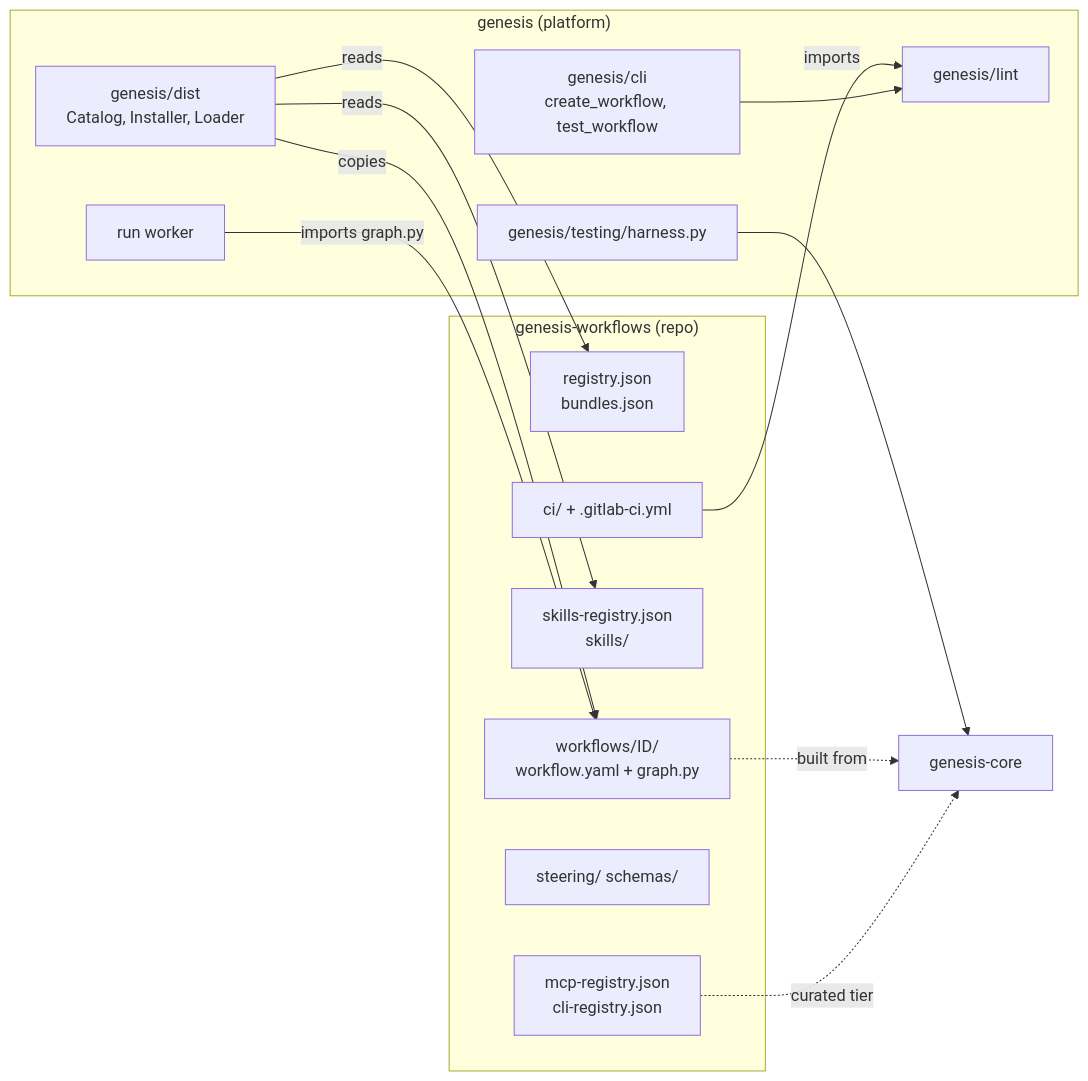
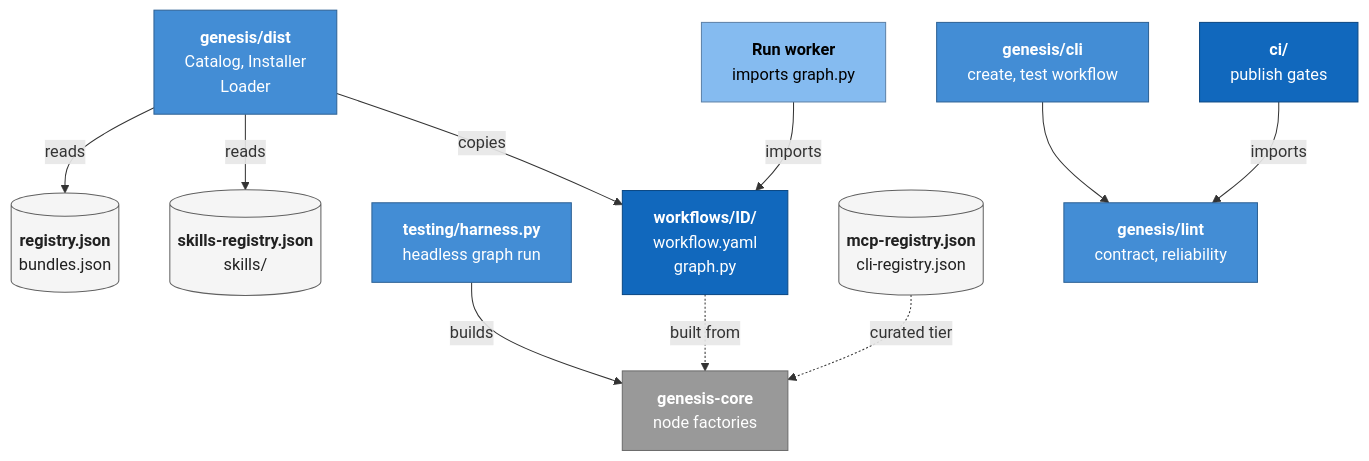
The first of 4 diagrams in genesis/architecture/modules/workflow-library.md (ram-020998/project-tracker), drawn with Mermaid before and after one commit. The commit also changed other lines of this file and 24 other files, not shown here.

First line of the commit message:
architecture: rewrite all 86 Mermaid diagrams to one C4 style, each render-checked

````diff
--- a/genesis/architecture/modules/workflow-library.md
+++ b/genesis/architecture/modules/workflow-library.md
@@ -57,28 +57,32 @@
 ```mermaid
-flowchart LR
-    subgraph repo["genesis-workflows (repo)"]
-        reg["registry.json<br/>bundles.json"]
-        mcpr["mcp-registry.json<br/>cli-registry.json"]
-        skr["skills-registry.json<br/>skills/"]
-        wfs["workflows/ID/<br/>workflow.yaml + graph.py"]
-        steer["steering/ schemas/"]
-        ci["ci/ + .gitlab-ci.yml"]
-    end
-    subgraph plat["genesis (platform)"]
-        lint["genesis/lint"]
-        cli["genesis/cli<br/>create_workflow, test_workflow"]
-        har["genesis/testing/harness.py"]
-        dist["genesis/dist<br/>Catalog, Installer, Loader"]
-        worker["run worker"]
-    end
-    core["genesis-core"]
+flowchart TB
+    dist["<b>genesis/dist</b><br/>Catalog, Installer<br/>Loader"]:::comp
+    worker["<b>Run worker</b><br/>imports graph.py"]:::proc
+    cli["<b>genesis/cli</b><br/>create, test workflow"]:::comp
+
+    reg[("<b>registry.json</b><br/>bundles.json")]:::data
+    skr[("<b>skills-registry.json</b><br/>skills/")]:::data
+    wfs["<b>workflows/ID/</b><br/>workflow.yaml<br/>graph.py"]:::core
+    ci["<b>ci/</b><br/>publish gates"]:::core
+    mcpr[("<b>mcp-registry.json</b><br/>cli-registry.json")]:::data
+
+    gcore["<b>genesis-core</b><br/>node factories"]:::ext
+    har["<b>testing/harness.py</b><br/>headless graph run"]:::comp
+    lint["<b>genesis/lint</b><br/>contract, reliability"]:::comp
+
+    dist -- "reads" --> reg
+    dist -- "reads" --> skr
+    dist -- "copies" --> wfs
+    worker -- "imports" --> wfs
+    cli --> lint
+    har -- "builds" --> gcore
     ci -- "imports" --> lint
-    cli --> lint
-    har --> core
-    wfs -. "built from" .-> core
-    dist -- "reads" --> reg
-    dist -- "copies" --> wfs
-    dist -- "reads" --> skr
-    worker -- "imports graph.py" --> wfs
-    mcpr -. "curated tier" .-> core
+    wfs -. "built from" .-> gcore
+    mcpr -. "curated tier" .-> gcore
+
+    classDef core fill:#1168bd,stroke:#0b4884,color:#ffffff
+    classDef comp fill:#438dd5,stroke:#2e6295,color:#ffffff
+    classDef proc fill:#85bbf0,stroke:#5d82a8,color:#000000
+    classDef ext fill:#999999,stroke:#6b6b6b,color:#ffffff
+    classDef data fill:#f5f5f5,stroke:#616161,color:#212121
 ```
````
